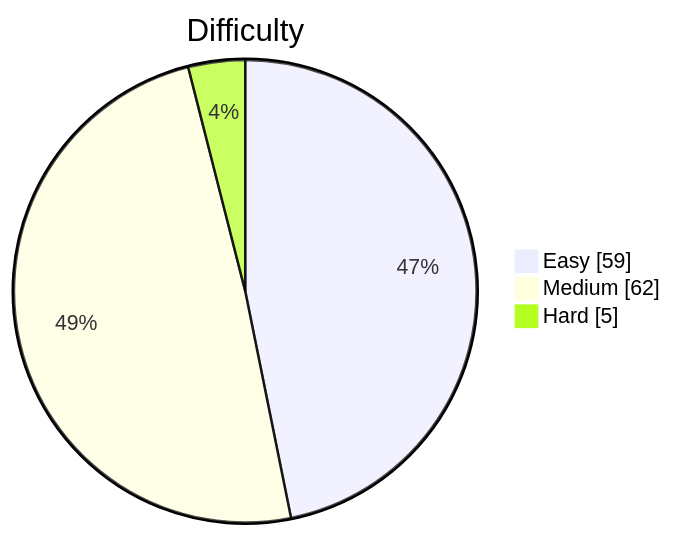
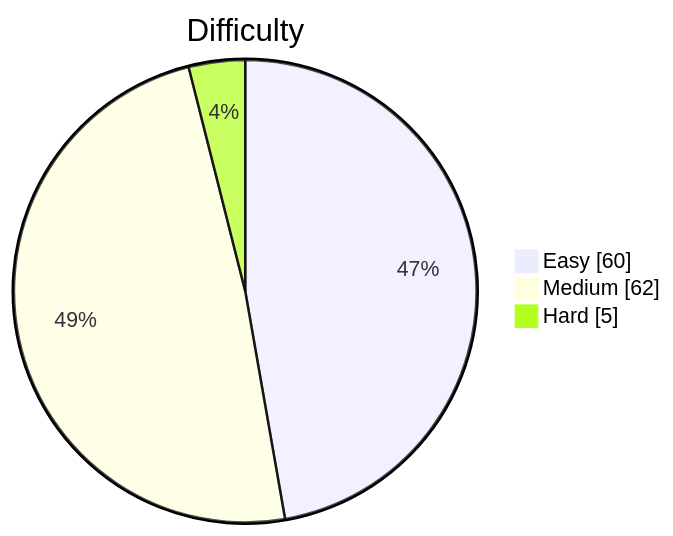
Before and after one commit to kevstevie/python-algo-practice: the diagram in README.md, drawn with Mermaid. The commit also changed other lines of this file, not shown here.

````diff
--- a/README.md
+++ b/README.md
@@ -13,7 +13,7 @@
 ```mermaid
 pie showData
     title Difficulty
-    "Easy"   : 59
+    "Easy"   : 60
     "Medium" : 62
     "Hard"   : 5
 ```
````
